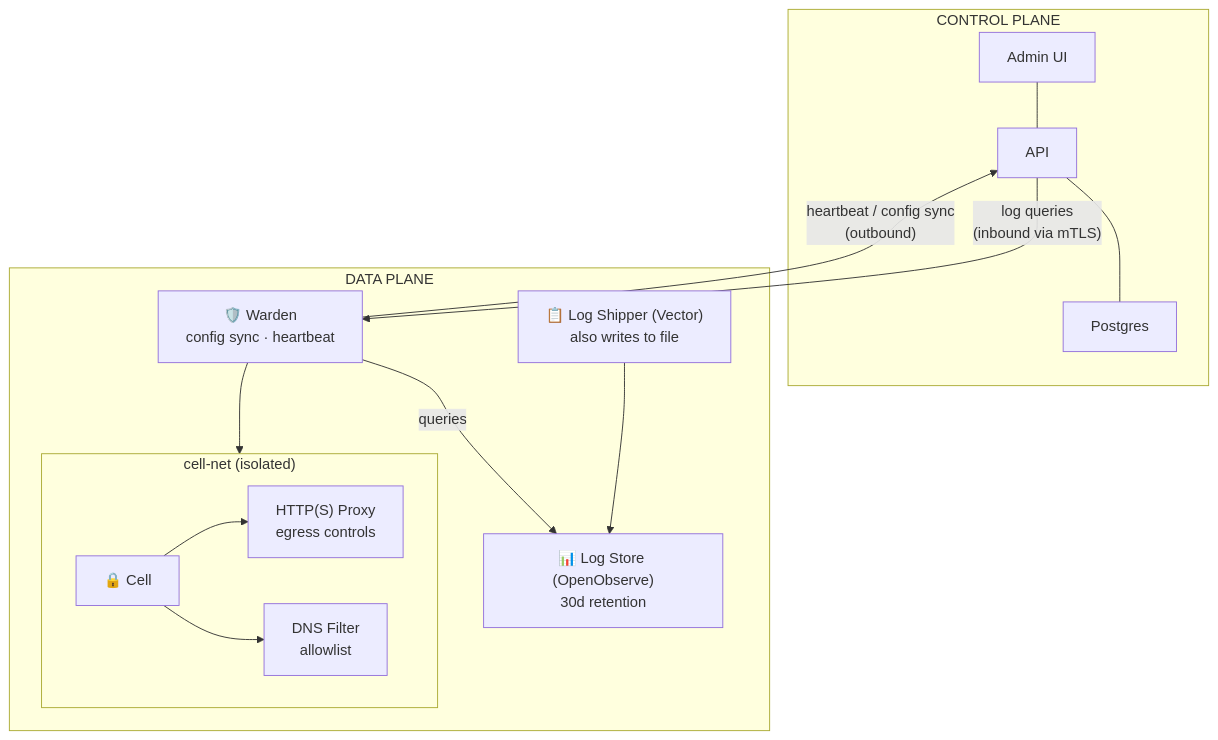
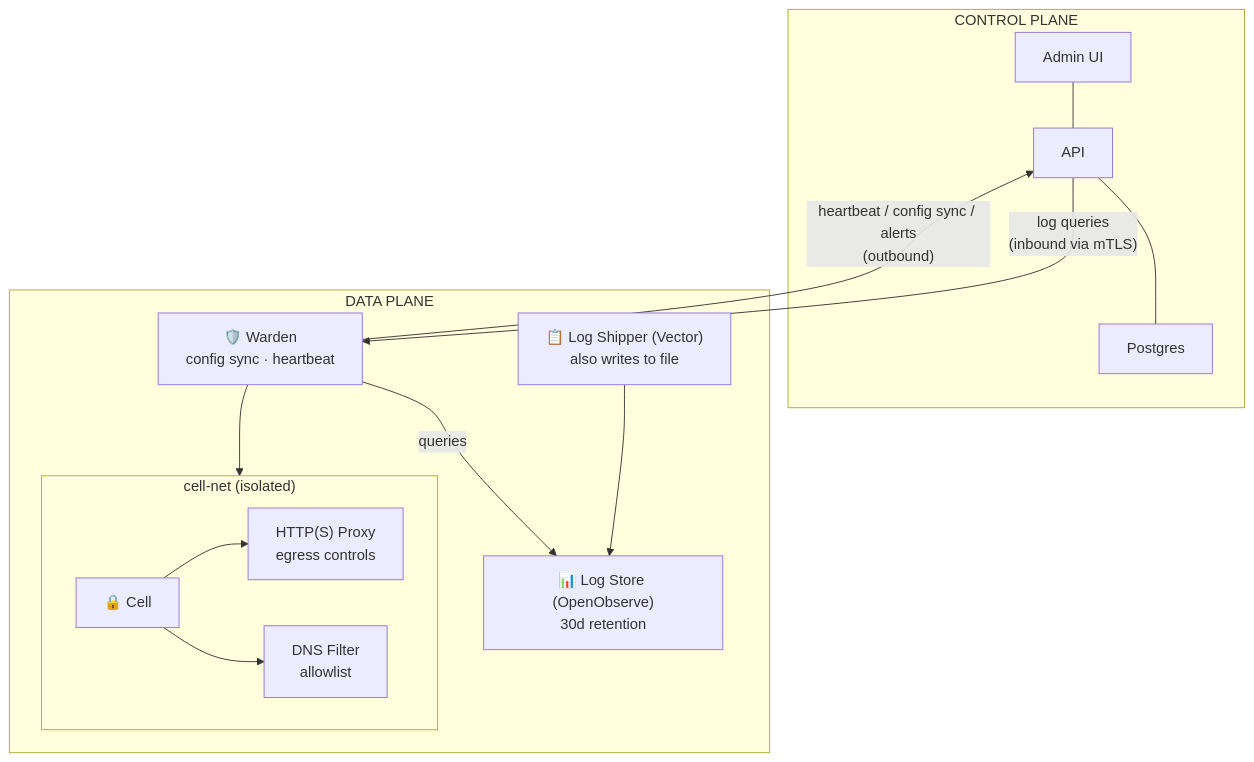
One commit to kashyaprpuranik/cagent changed the fourth of 4 diagrams in README.md. Above: the diagram before and after it, drawn with Mermaid.

Commit message:
Add alerts to Connected Mode outbound label

````diff
--- a/README.md
+++ b/README.md
@@ -210,28 +210,28 @@
 ```mermaid
 graph TD
     subgraph cp["CONTROL PLANE"]
         UI["Admin UI"] --- API["API"] --- DB["Postgres"]
     end
 
     subgraph dp["DATA PLANE"]
         Warden["🛡️ Warden<br/>config sync · heartbeat"]
         Vector["📋 Log Shipper (Vector)<br/>also writes to file"]
         OO["📊 Log Store (OpenObserve)<br/>30d retention"]
 
         Vector --> OO
         Warden -- "queries" --> OO
 
         subgraph cellnet["cell-net (isolated)"]
             Cell["🔒 Cell"]
             HP["HTTP(S) Proxy<br/>egress controls"]
             DNS["DNS Filter<br/>allowlist"]
             Cell --> HP
             Cell --> DNS
         end
 
         Warden --> cellnet
     end
 
-    Warden -- "heartbeat / config sync<br/>(outbound)" --> API
+    Warden -- "heartbeat / config sync / alerts<br/>(outbound)" --> API
     API -- "log queries<br/>(inbound via mTLS)" --> Warden
 ```
````
